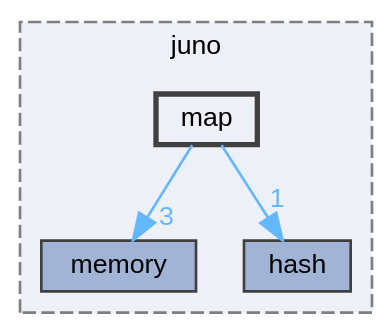
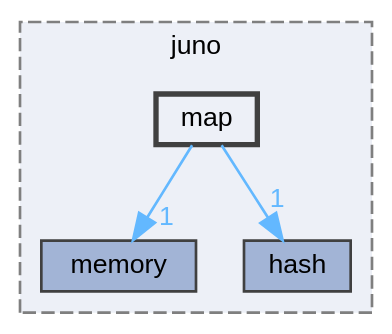
Before and after one commit to robinonsay/libjuno: the diagram in dir_7d134b198f51d759fae4dbc0397c07cc_dep.dot, drawn with Graphviz. The commit also changed 272 other files, not shown here.

```diff
--- a/dir_7d134b198f51d759fae4dbc0397c07cc_dep.dot
+++ b/dir_7d134b198f51d759fae4dbc0397c07cc_dep.dot
@@ -1,16 +1,16 @@
 digraph "/home/runner/work/libjuno/libjuno/include/juno/map"
 {
  // LATEX_PDF_SIZE
   bgcolor="transparent";
   edge [fontname=Helvetica,fontsize=10,labelfontname=Helvetica,labelfontsize=10];
   node [fontname=Helvetica,fontsize=10,shape=box,height=0.2,width=0.4];
   compound=true
   subgraph clusterdir_366da5caa8e7ec3e54d94764b6f022bc {
     graph [ bgcolor="#edf0f7", pencolor="grey50", label="juno", fontname=Helvetica,fontsize=10 style="filled,dashed", URL="dir_366da5caa8e7ec3e54d94764b6f022bc.html",tooltip=""]
   dir_0ab7105f8cccca84cc3ec63bc4b5970d [label="memory", fillcolor="#a2b4d6", color="grey25", style="filled", URL="dir_0ab7105f8cccca84cc3ec63bc4b5970d.html",tooltip=""];
   dir_19d249a700c11f44389cb05327db4a5b [label="hash", fillcolor="#a2b4d6", color="grey25", style="filled", URL="dir_19d249a700c11f44389cb05327db4a5b.html",tooltip=""];
   dir_7d134b198f51d759fae4dbc0397c07cc [label="map", fillcolor="#edf0f7", color="grey25", style="filled,bold", URL="dir_7d134b198f51d759fae4dbc0397c07cc.html",tooltip=""];
   }
-  dir_7d134b198f51d759fae4dbc0397c07cc->dir_0ab7105f8cccca84cc3ec63bc4b5970d [headlabel="3", labeldistance=1.5 headhref="dir_000006_000007.html" href="dir_000006_000007.html" color="steelblue1" fontcolor="steelblue1"];
+  dir_7d134b198f51d759fae4dbc0397c07cc->dir_0ab7105f8cccca84cc3ec63bc4b5970d [headlabel="1", labeldistance=1.5 headhref="dir_000006_000007.html" href="dir_000006_000007.html" color="steelblue1" fontcolor="steelblue1"];
   dir_7d134b198f51d759fae4dbc0397c07cc->dir_19d249a700c11f44389cb05327db4a5b [headlabel="1", labeldistance=1.5 headhref="dir_000006_000002.html" href="dir_000006_000002.html" color="steelblue1" fontcolor="steelblue1"];
 }
```
